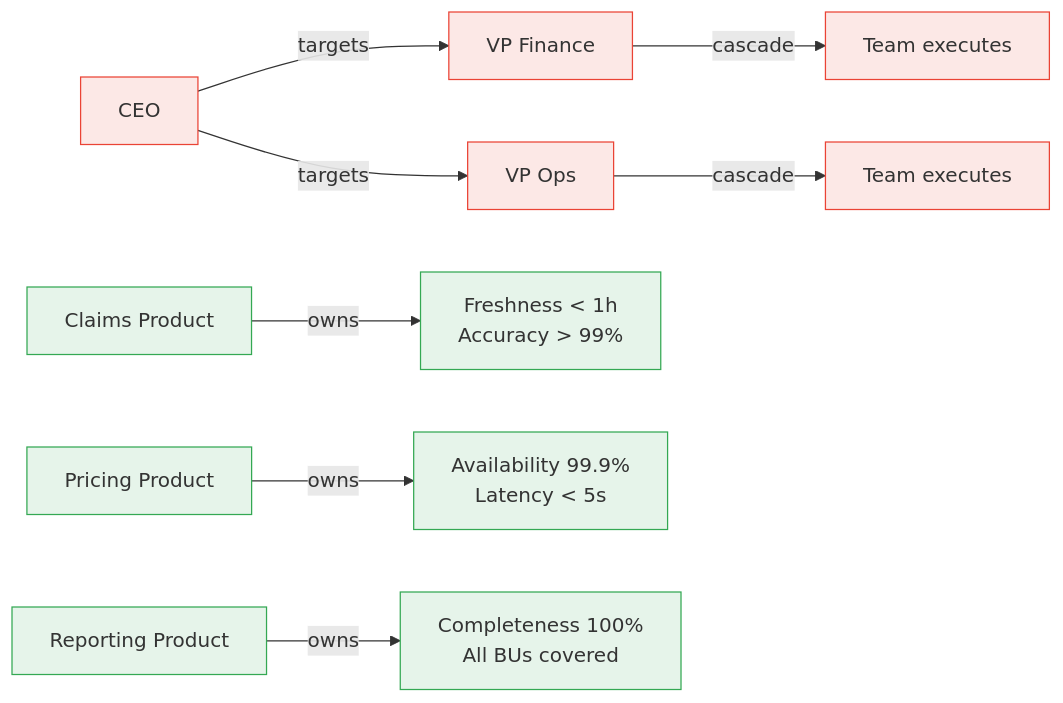
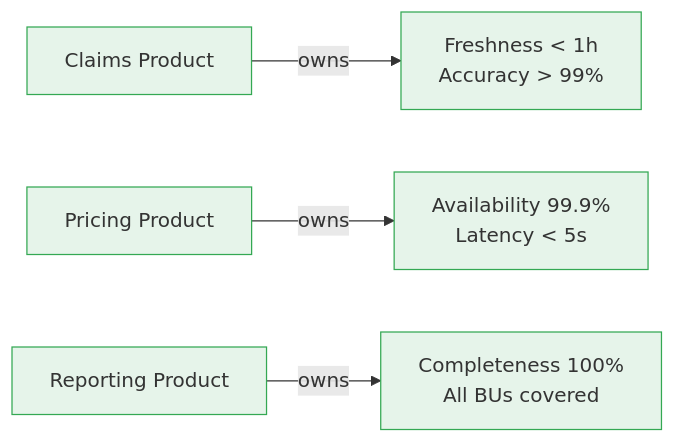
The fourth of 12 diagrams in samples/Graph/Data/FutuRe/WhyDataMesh.md (Systemorph/MeshWeaver), drawn with Mermaid before and after one commit. The commit also changed other lines of this file and 31 other files, not shown here.

````diff
--- a/samples/Graph/Data/FutuRe/WhyDataMesh.md
+++ b/samples/Graph/Data/FutuRe/WhyDataMesh.md
@@ -41,14 +67,9 @@
 ```mermaid
 graph LR
-    CEO[CEO] -->|targets| VP1[VP Finance] -->|cascade| TEAM1[Team executes]
-    CEO -->|targets| VP2[VP Ops] -->|cascade| TEAM2[Team executes]
-
     P1[Claims Product] -->|owns| S1[Freshness < 1h<br/>Accuracy > 99%]
     P2[Pricing Product] -->|owns| S2[Availability 99.9%<br/>Latency < 5s]
     P3[Reporting Product] -->|owns| S3[Completeness 100%<br/>All BUs covered]
 
-    classDef mbo fill:#fce8e6,stroke:#ea4335,color:#333
     classDef slo fill:#e6f4ea,stroke:#34a853,color:#333
-    class CEO,VP1,VP2,TEAM1,TEAM2 mbo
     class P1,P2,P3,S1,S2,S3 slo
 ```
````
